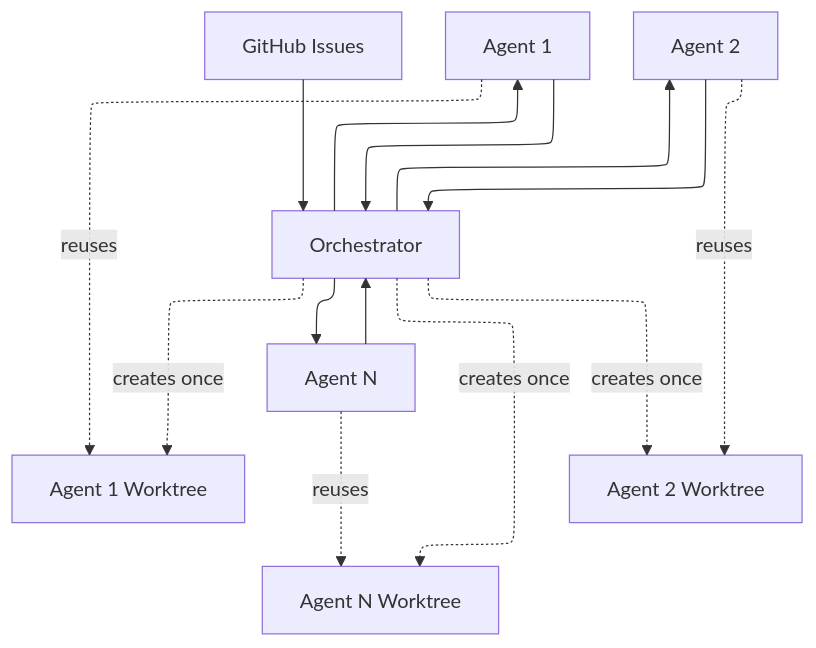
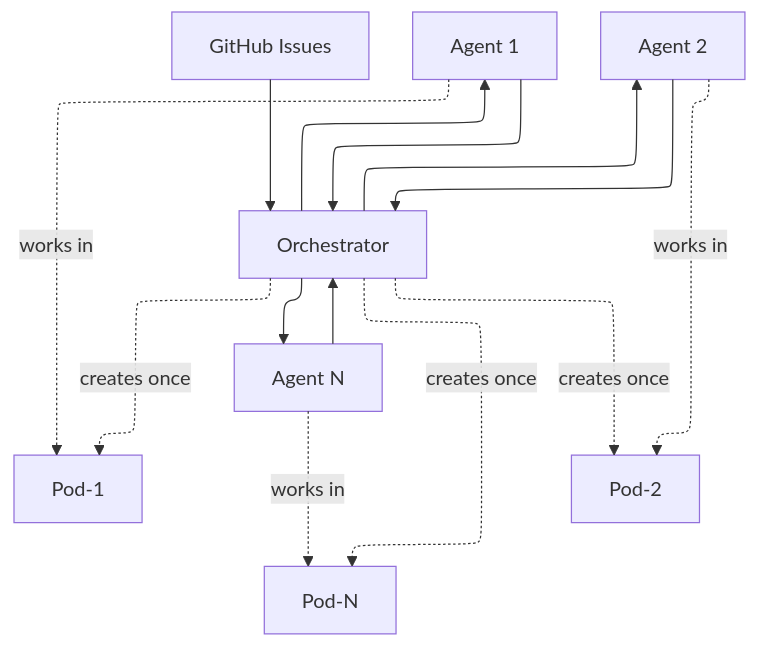
Before and after one commit to AeyeOps/prompt-packs: the first of 9 diagrams in mawep/framework/mawep-diagrams.md, drawn with Mermaid. The commit also changed other lines of this file and 9 other files, not shown here.

First line of the commit message:
refactor: Update MAWEP documentation from agent-centric to pod-centric terminology

````diff
--- a/mawep/framework/mawep-diagrams.md
+++ b/mawep/framework/mawep-diagrams.md
@@ -5,18 +5,18 @@
 ```mermaid
 %%{init: {"flowchart": {"defaultRenderer": "elk"}} }%%
 flowchart TD
     GH[GitHub Issues] --> O[Orchestrator]
     O --> A1[Agent 1]
     O --> A2[Agent 2]
     O --> A3[Agent N]
     
-    O -.->|creates once| W1[Agent 1 Worktree]
-    O -.->|creates once| W2[Agent 2 Worktree]
-    O -.->|creates once| W3[Agent N Worktree]
+    O -.->|creates once| P1[Pod-1]
+    O -.->|creates once| P2[Pod-2]
+    O -.->|creates once| P3[Pod-N]
     
-    A1 -.->|reuses| W1
-    A2 -.->|reuses| W2
-    A3 -.->|reuses| W3
+    A1 -.->|works in| P1
+    A2 -.->|works in| P2
+    A3 -.->|works in| P3
     
     A1 & A2 & A3 --> O
 ```
````
